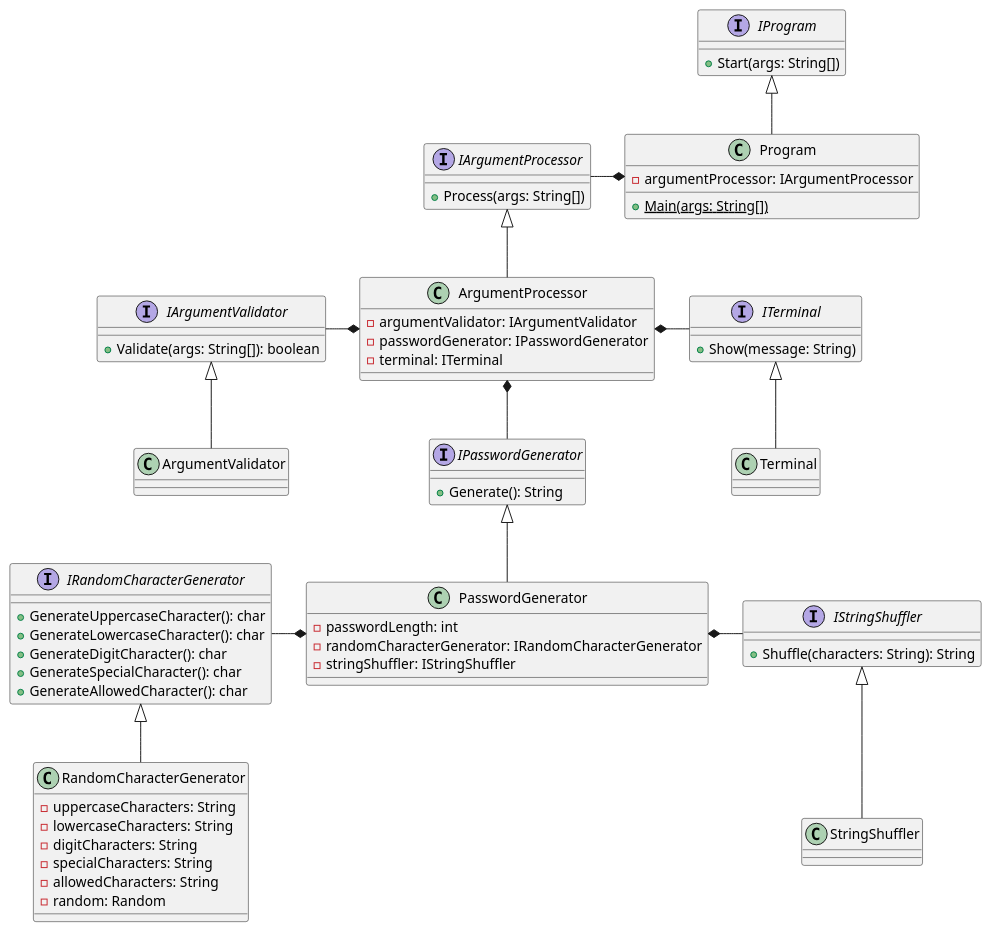
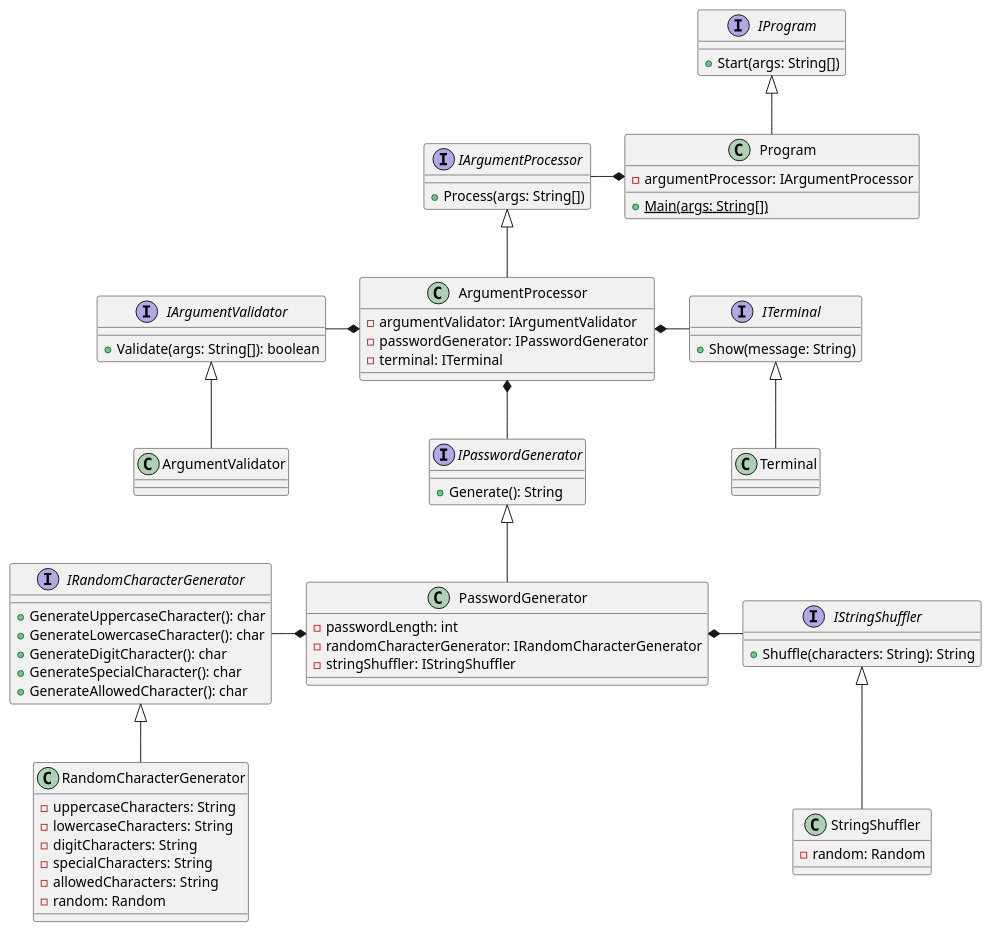
One commit to djvelimir/demo-dotnet-cli changed the diagram in diagrams/Class.puml. Above: the diagram before and after it, drawn with PlantUML. The commit also changed 1 other file, not shown here.

Commit message:
Renamed field, updated diagram

```diff
--- a/diagrams/Class.puml
+++ b/diagrams/Class.puml
@@ -1,87 +1,88 @@
 @startuml Class
 'https://plantuml.com/class-diagram
 
 interface IProgram {
     + Start(args: String[])
 }
 
 class Program {
     - argumentProcessor: IArgumentProcessor
     + {static} Main(args: String[])
 }
 
 interface IArgumentValidator {
     + Validate(args: String[]): boolean
 }
 
 class ArgumentValidator {
 }
 
 interface IArgumentProcessor {
     + Process(args: String[])
 }
 
 class ArgumentProcessor {
     - argumentValidator: IArgumentValidator
     - passwordGenerator: IPasswordGenerator
     - terminal: ITerminal
 }
 
 interface ITerminal {
     + Show(message: String)
 }
 
 class Terminal {
 }
 
 interface IPasswordGenerator {
     + Generate(): String
 }
 
 class PasswordGenerator {
     - passwordLength: int
     - randomCharacterGenerator: IRandomCharacterGenerator
     - stringShuffler: IStringShuffler
 }
 
 interface IRandomCharacterGenerator {
     + GenerateUppercaseCharacter(): char
     + GenerateLowercaseCharacter(): char
     + GenerateDigitCharacter(): char
     + GenerateSpecialCharacter(): char
     + GenerateAllowedCharacter(): char
 }
 
 class RandomCharacterGenerator {
     - uppercaseCharacters: String
     - lowercaseCharacters: String
     - digitCharacters: String
     - specialCharacters: String
     - allowedCharacters: String
     - random: Random
 }
 
 interface IStringShuffler {
     + Shuffle(characters: String): String
 }
 
 class StringShuffler {
+    - random: Random
 }
 
 IArgumentValidator <|-- ArgumentValidator
 IArgumentProcessor <|-- ArgumentProcessor
 ITerminal <|-- Terminal
 IPasswordGenerator <|-- PasswordGenerator
 IProgram <|-- Program
 IRandomCharacterGenerator <|-- RandomCharacterGenerator
 IStringShuffler <|-- StringShuffler
 
 Program *--l IArgumentProcessor
 
 ArgumentProcessor *--l IArgumentValidator
 ArgumentProcessor *--d IPasswordGenerator
 ArgumentProcessor *--r ITerminal
 
 PasswordGenerator *--l IRandomCharacterGenerator
 PasswordGenerator *--r IStringShuffler
 @enduml
```
